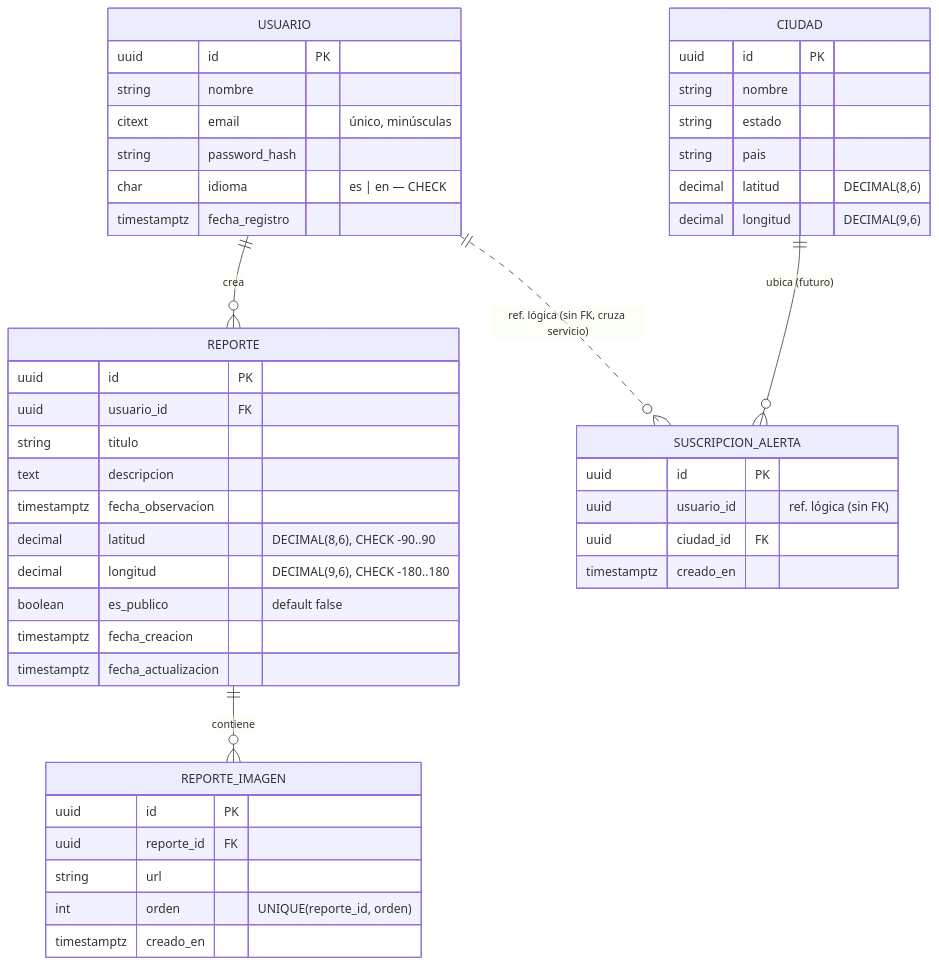
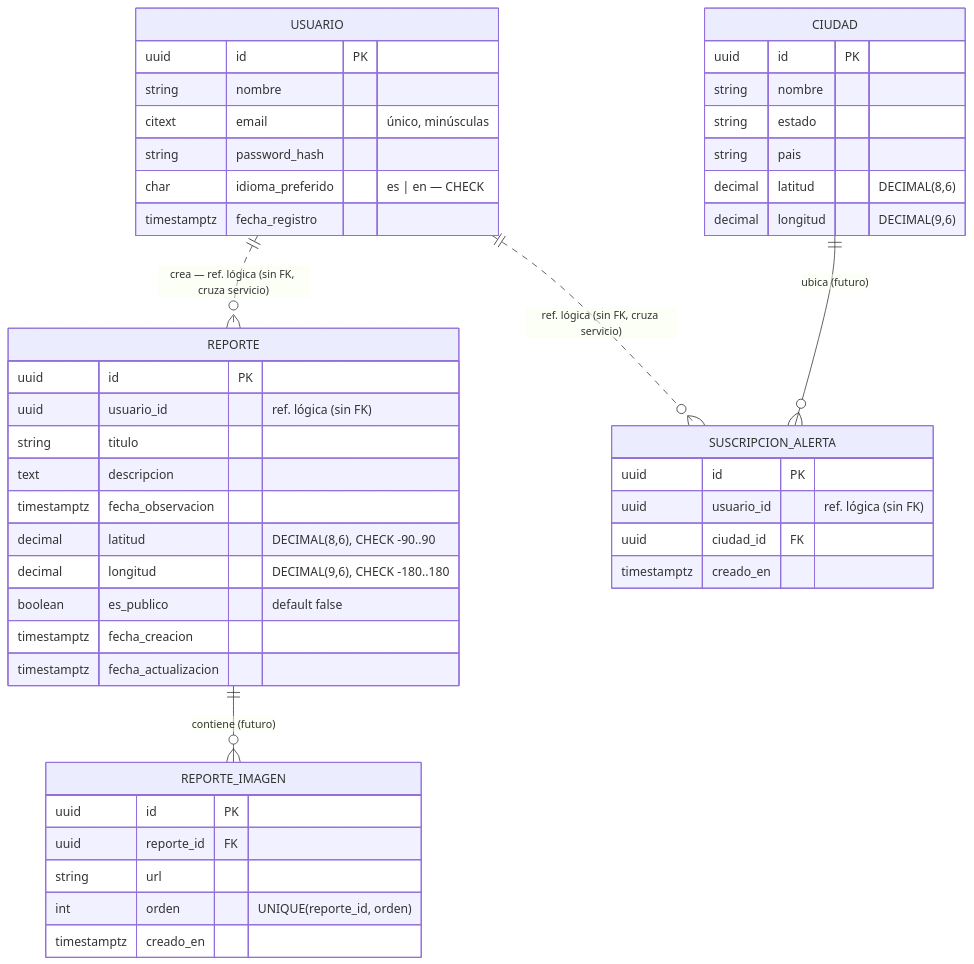
Before and after one commit to DjRober/spacemx: the diagram in docs/modelo_datos.md, drawn with Mermaid. The commit also changed other lines of this file and 10 other files, not shown here.

````diff
--- a/docs/modelo_datos.md
+++ b/docs/modelo_datos.md
@@ -22,49 +23,49 @@
 ```mermaid
 erDiagram
-    USUARIO ||--o{ REPORTE : crea
-    REPORTE ||--o{ REPORTE_IMAGEN : contiene
+    USUARIO ||..o{ REPORTE : "crea — ref. lógica (sin FK, cruza servicio)"
+    REPORTE ||--o{ REPORTE_IMAGEN : "contiene (futuro)"
     USUARIO ||..o{ SUSCRIPCION_ALERTA : "ref. lógica (sin FK, cruza servicio)"
     CIUDAD ||--o{ SUSCRIPCION_ALERTA : "ubica (futuro)"
 
     USUARIO {
         uuid id PK
         string nombre
         citext email "único, minúsculas"
         string password_hash
-        char idioma "es | en — CHECK"
+        char idioma_preferido "es | en — CHECK"
         timestamptz fecha_registro
     }
     REPORTE {
         uuid id PK
-        uuid usuario_id FK
+        uuid usuario_id "ref. lógica (sin FK)"
         string titulo
         text descripcion
         timestamptz fecha_observacion
         decimal latitud "DECIMAL(8,6), CHECK -90..90"
         decimal longitud "DECIMAL(9,6), CHECK -180..180"
         boolean es_publico "default false"
         timestamptz fecha_creacion
         timestamptz fecha_actualizacion
     }
     REPORTE_IMAGEN {
         uuid id PK
         uuid reporte_id FK
         string url
         int orden "UNIQUE(reporte_id, orden)"
         timestamptz creado_en
     }
     CIUDAD {
         uuid id PK
         string nombre
         string estado
         string pais
         decimal latitud "DECIMAL(8,6)"
         decimal longitud "DECIMAL(9,6)"
     }
     SUSCRIPCION_ALERTA {
         uuid id PK
         uuid usuario_id "ref. lógica (sin FK)"
         uuid ciudad_id FK
         timestamptz creado_en
     }
 ```
````
